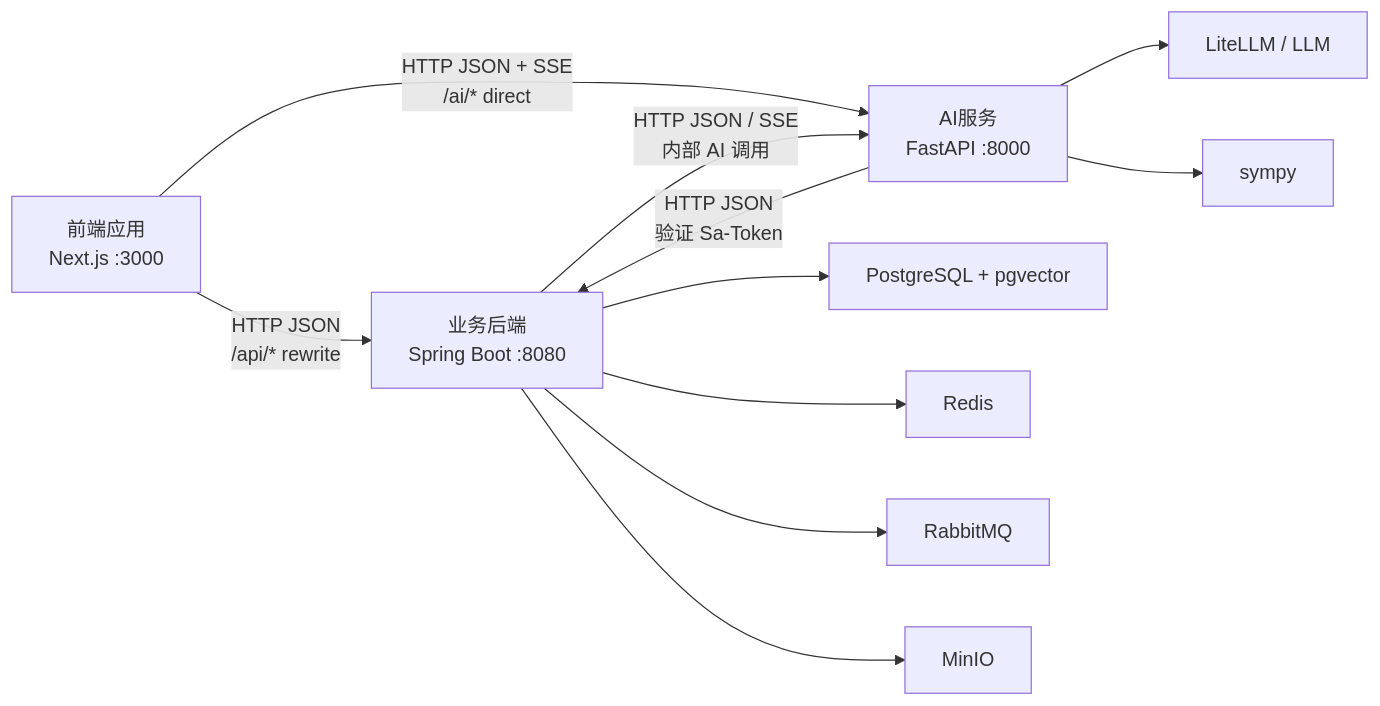
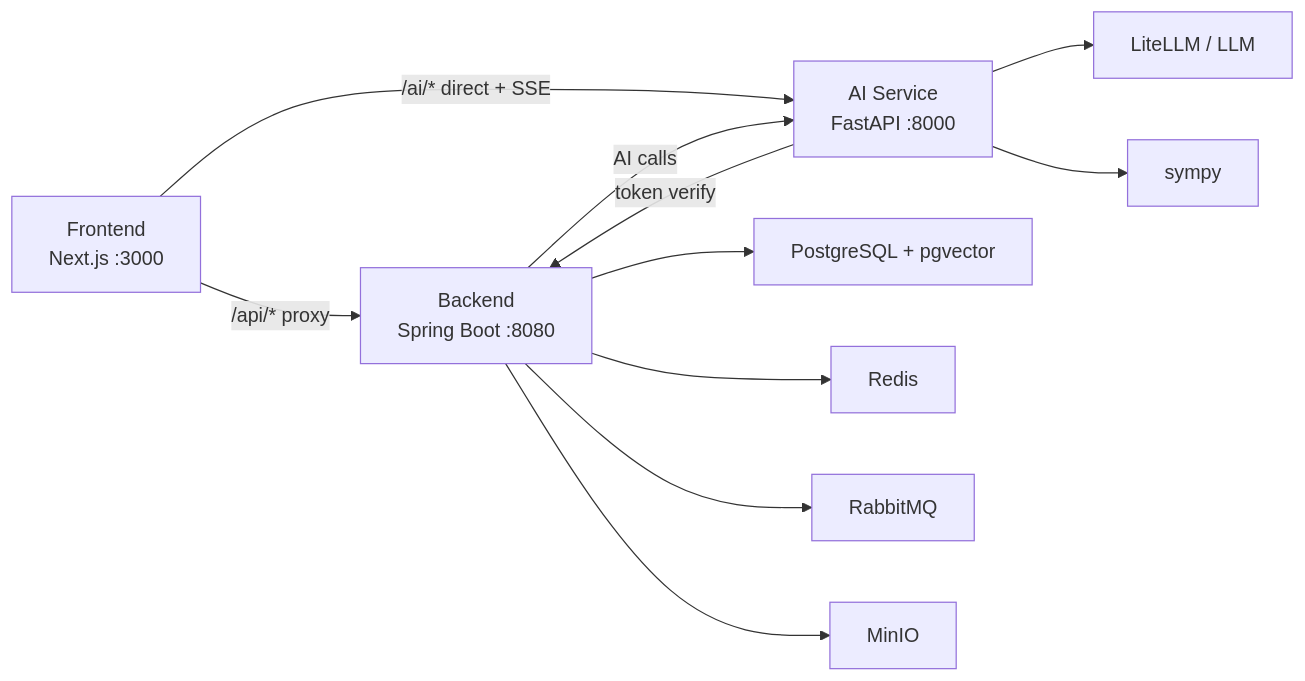
One commit to Rinan666/FamilyAgent2.0 changed the diagram in docs/系统架构与接口契约.md. Above: the diagram before and after it, drawn with Mermaid. The commit also changed other lines of this file and 21 other files, not shown here.

````diff
--- a/docs/系统架构与接口契约.md
+++ b/docs/系统架构与接口契约.md
@@ -48,16 +5,13 @@
 ```mermaid
 flowchart LR
-  FE["前端应用\nNext.js :3000"] -->|HTTP JSON\n/api/* rewrite| BE["业务后端\nSpring Boot :8080"]
-  FE -->|HTTP JSON + SSE\n/ai/* direct| AI["AI服务\nFastAPI :8000"]
-
-  AI -->|HTTP JSON\n验证 Sa-Token| BE
-  BE -->|HTTP JSON / SSE\n内部 AI 调用| AI
-
+  FE["Frontend\nNext.js :3000"] -->|/api/* proxy| BE["Backend\nSpring Boot :8080"]
+  FE -->|/ai/* direct + SSE| AI["AI Service\nFastAPI :8000"]
+  AI -->|token verify| BE
+  BE -->|AI calls| AI
   BE --> PG["PostgreSQL + pgvector"]
   BE --> Redis["Redis"]
   BE --> MQ["RabbitMQ"]
   BE --> MinIO["MinIO"]
-
   AI --> LLM["LiteLLM / LLM"]
   AI --> Sympy["sympy"]
 ```
````
